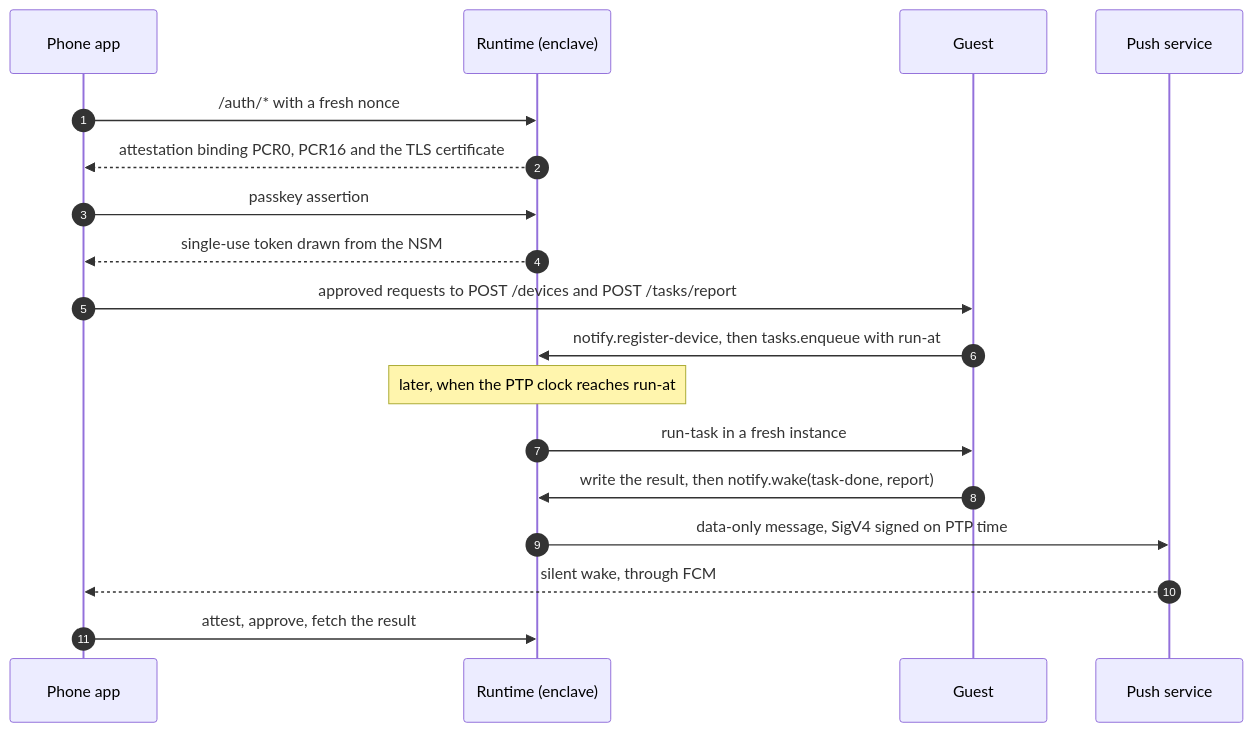
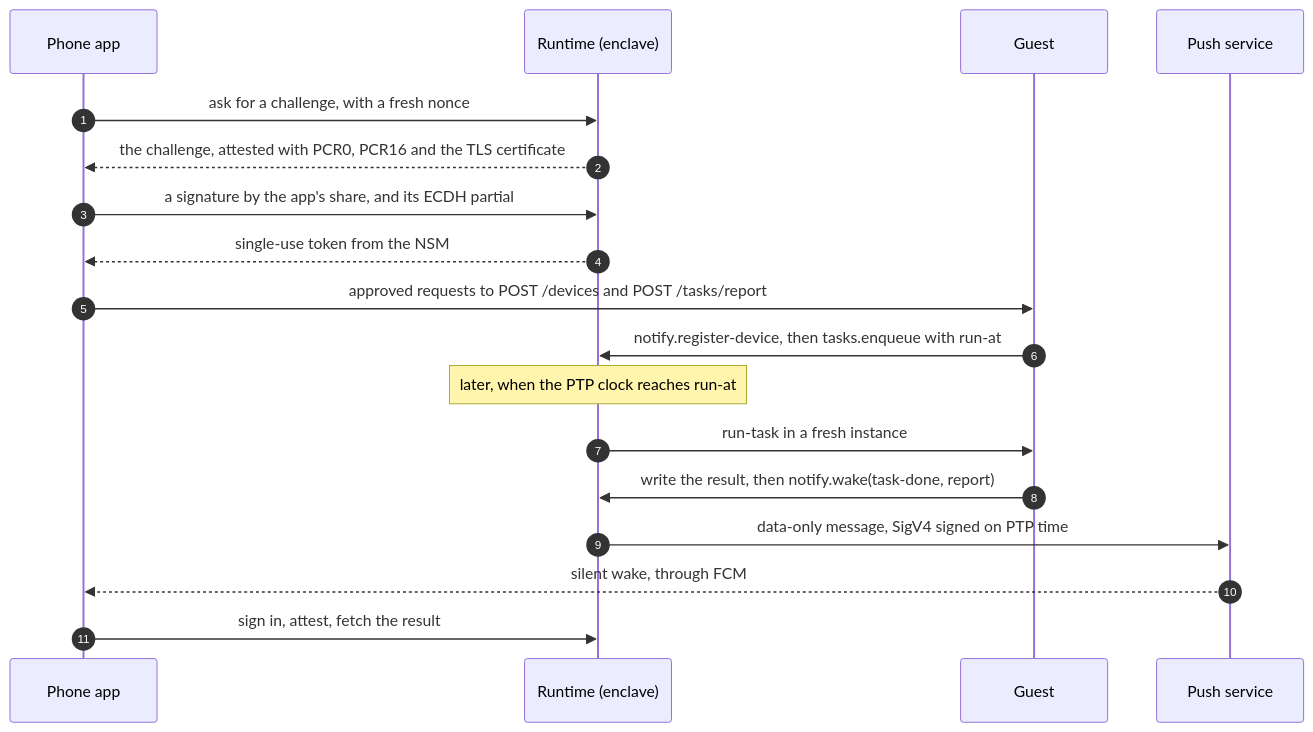
Before and after one commit to vtxos/runtime: the second of 3 diagrams in README.md, drawn with Mermaid. The commit also changed other lines of this file and 76 other files, not shown here.

First line of the commit message:
feat: sign in with the wallet's share, and key each pool by threshold ECDH

````diff
--- a/README.md
+++ b/README.md
@@ -187,20 +189,20 @@
 ```mermaid
 sequenceDiagram
     autonumber
     participant App as Phone app
     participant RT as Runtime (enclave)
     participant G as Guest
     participant Push as Push service
-    App->>RT: /auth/* with a fresh nonce
-    RT-->>App: attestation binding PCR0, PCR16 and the TLS certificate
-    App->>RT: passkey assertion
-    RT-->>App: single-use token drawn from the NSM
+    App->>RT: ask for a challenge, with a fresh nonce
+    RT-->>App: the challenge, attested with PCR0, PCR16 and the TLS certificate
+    App->>RT: a signature by the app's share, and its ECDH partial
+    RT-->>App: single-use token from the NSM
     App->>G: approved requests to POST /devices and POST /tasks/report
     G->>RT: notify.register-device, then tasks.enqueue with run-at
     Note over RT: later, when the PTP clock reaches run-at
     RT->>G: run-task in a fresh instance
     G->>RT: write the result, then notify.wake(task-done, report)
     RT->>Push: data-only message, SigV4 signed on PTP time
     Push-->>App: silent wake, through FCM
-    App->>RT: attest, approve, fetch the result
+    App->>RT: sign in, attest, fetch the result
 ```
````
